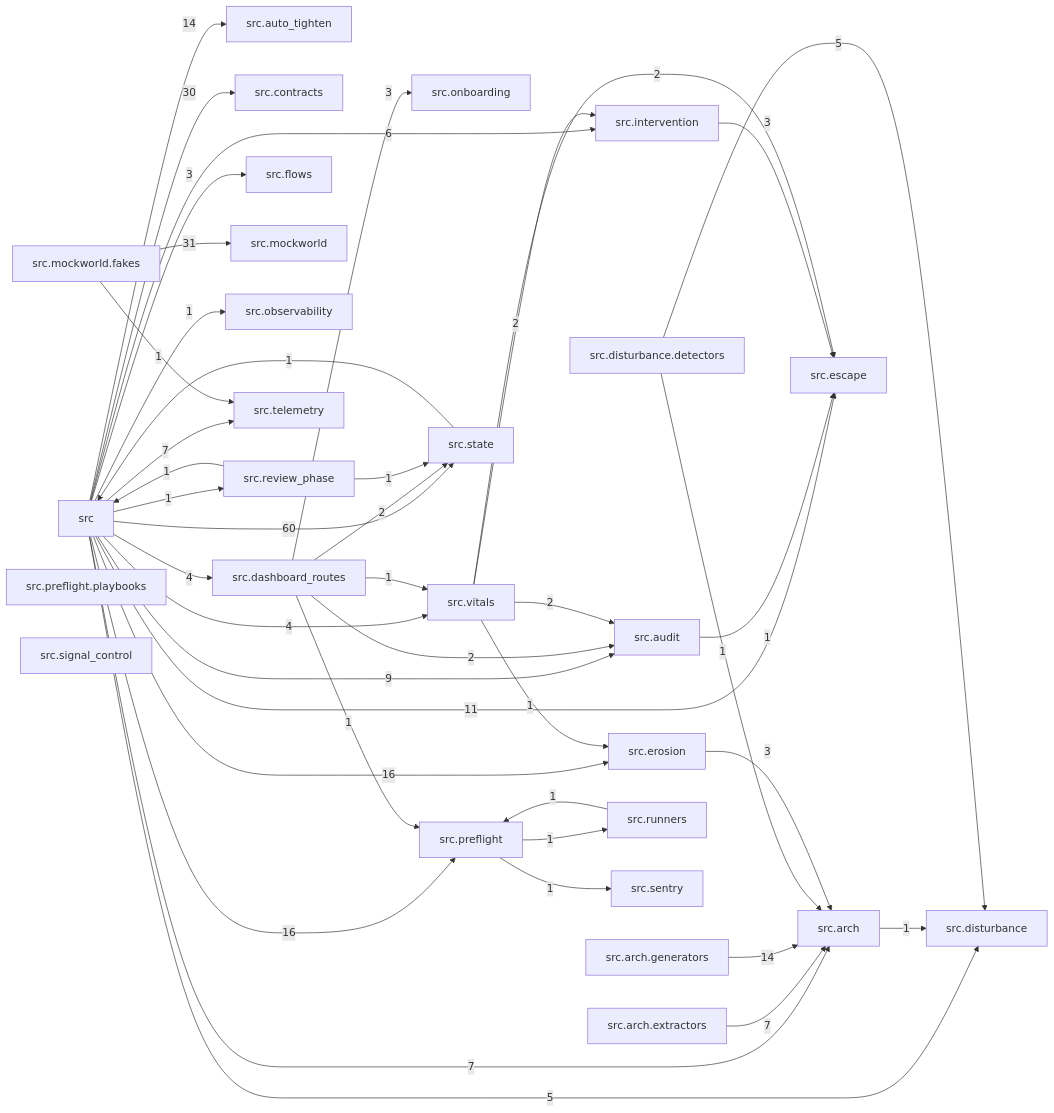
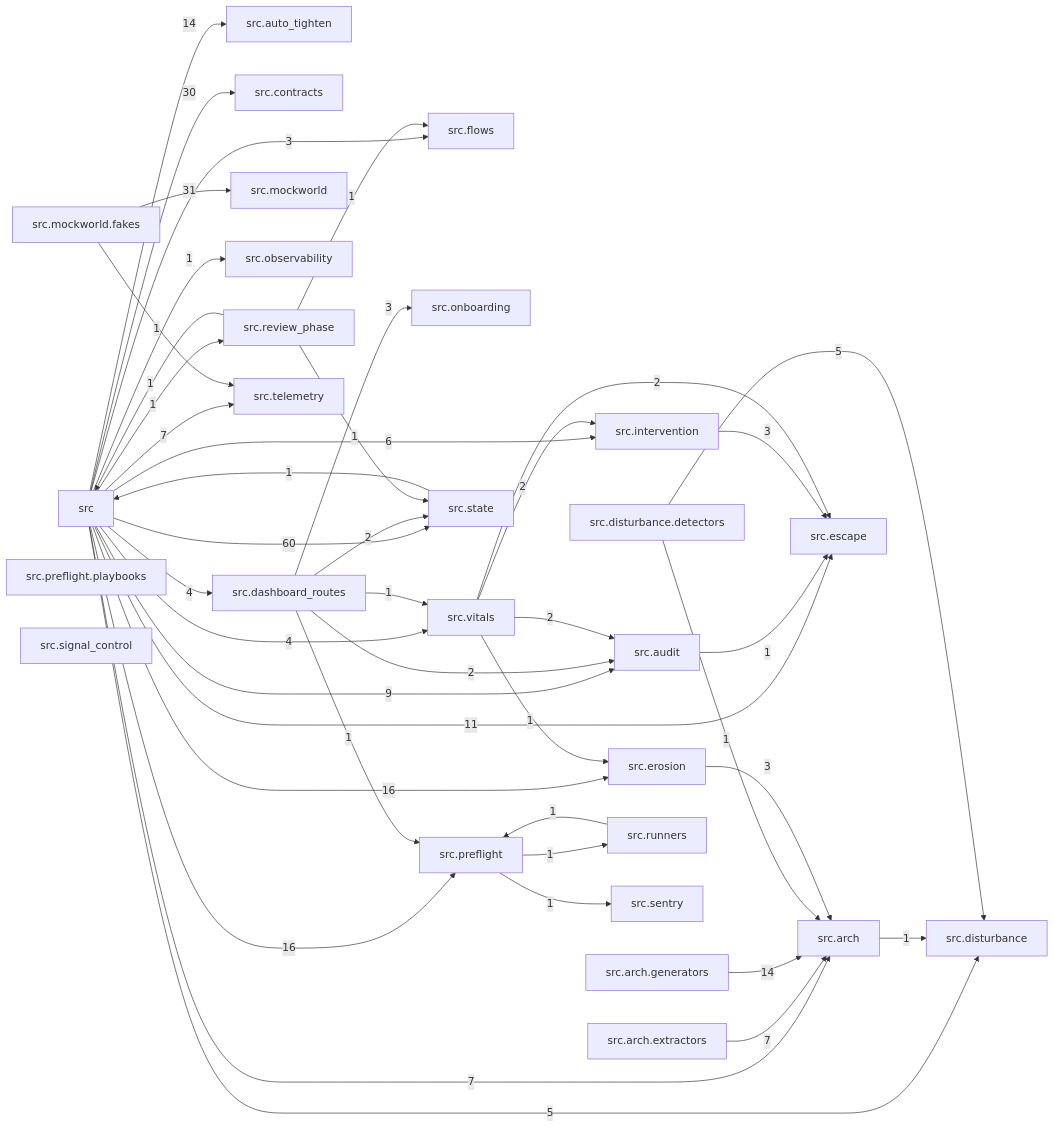
One commit to T-rav/hydraflow changed the diagram in docs/arch/generated/modules.md. Above: the diagram before and after it, drawn with Mermaid. The commit also changed 4 other files, not shown here.

````diff
--- a/docs/arch/generated/modules.md
+++ b/docs/arch/generated/modules.md
@@ -7,71 +7,72 @@
 ```mermaid
 graph LR
     src["src"]
     src_arch["src.arch"]
     src_arch_extractors["src.arch.extractors"]
     src_arch_generators["src.arch.generators"]
     src_audit["src.audit"]
     src_auto_tighten["src.auto_tighten"]
     src_contracts["src.contracts"]
     src_dashboard_routes["src.dashboard_routes"]
     src_disturbance["src.disturbance"]
     src_disturbance_detectors["src.disturbance.detectors"]
     src_erosion["src.erosion"]
     src_escape["src.escape"]
     src_flows["src.flows"]
     src_intervention["src.intervention"]
     src_mockworld["src.mockworld"]
     src_mockworld_fakes["src.mockworld.fakes"]
     src_observability["src.observability"]
     src_onboarding["src.onboarding"]
     src_preflight["src.preflight"]
     src_preflight_playbooks["src.preflight.playbooks"]
     src_review_phase["src.review_phase"]
     src_runners["src.runners"]
     src_sentry["src.sentry"]
     src_signal_control["src.signal_control"]
     src_state["src.state"]
     src_telemetry["src.telemetry"]
     src_vitals["src.vitals"]
     src -- "7" --> src_arch
     src -- "9" --> src_audit
     src -- "14" --> src_auto_tighten
     src -- "30" --> src_contracts
     src -- "4" --> src_dashboard_routes
     src -- "5" --> src_disturbance
     src -- "16" --> src_erosion
     src -- "11" --> src_escape
     src -- "3" --> src_flows
     src -- "6" --> src_intervention
     src -- "1" --> src_observability
     src -- "16" --> src_preflight
     src -- "1" --> src_review_phase
     src -- "60" --> src_state
     src -- "7" --> src_telemetry
     src -- "4" --> src_vitals
     src_arch -- "1" --> src_disturbance
     src_arch_extractors -- "7" --> src_arch
     src_arch_generators -- "14" --> src_arch
     src_audit -- "1" --> src_escape
     src_dashboard_routes -- "2" --> src_audit
     src_dashboard_routes -- "3" --> src_onboarding
     src_dashboard_routes -- "1" --> src_preflight
     src_dashboard_routes -- "2" --> src_state
     src_dashboard_routes -- "1" --> src_vitals
     src_disturbance_detectors -- "1" --> src_arch
     src_disturbance_detectors -- "5" --> src_disturbance
     src_erosion -- "3" --> src_arch
     src_intervention -- "3" --> src_escape
     src_mockworld_fakes -- "31" --> src_mockworld
     src_mockworld_fakes -- "1" --> src_telemetry
     src_preflight -- "1" --> src_runners
     src_preflight -- "1" --> src_sentry
     src_review_phase -- "1" --> src
+    src_review_phase -- "1" --> src_flows
     src_review_phase -- "1" --> src_state
     src_runners -- "1" --> src_preflight
     src_state -- "1" --> src
     src_vitals -- "2" --> src_audit
     src_vitals -- "1" --> src_erosion
     src_vitals -- "2" --> src_escape
     src_vitals -- "2" --> src_intervention
 ```
````
